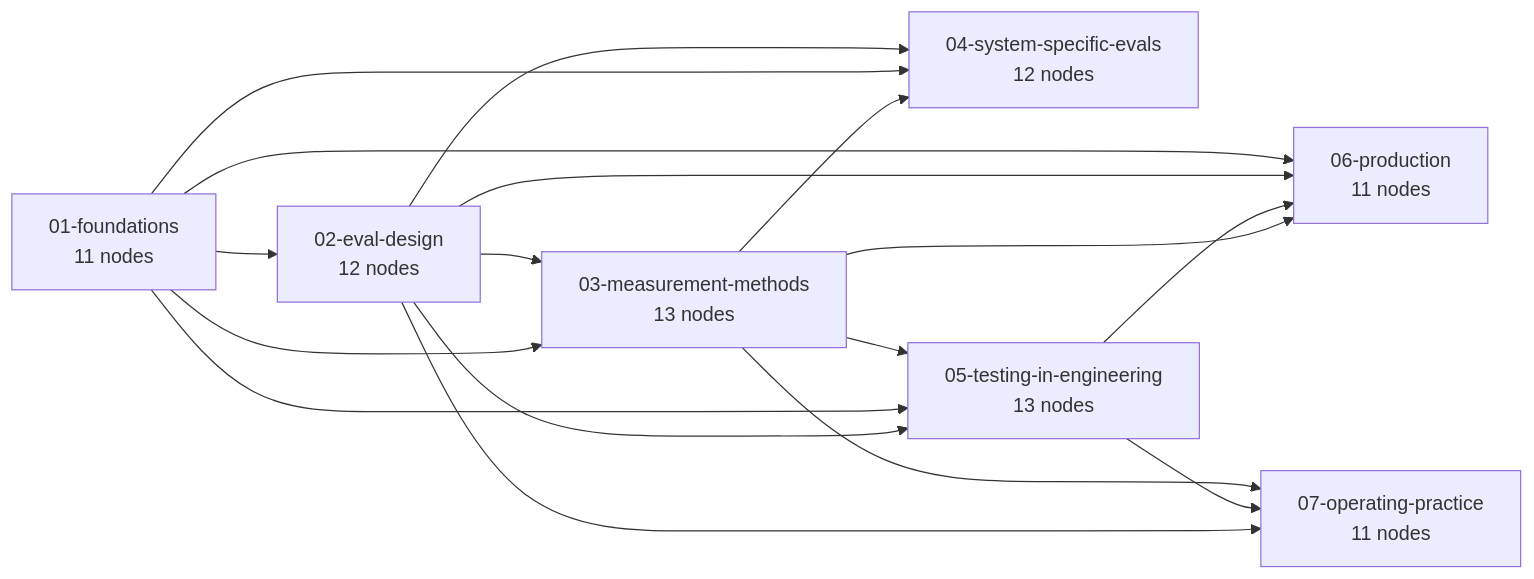
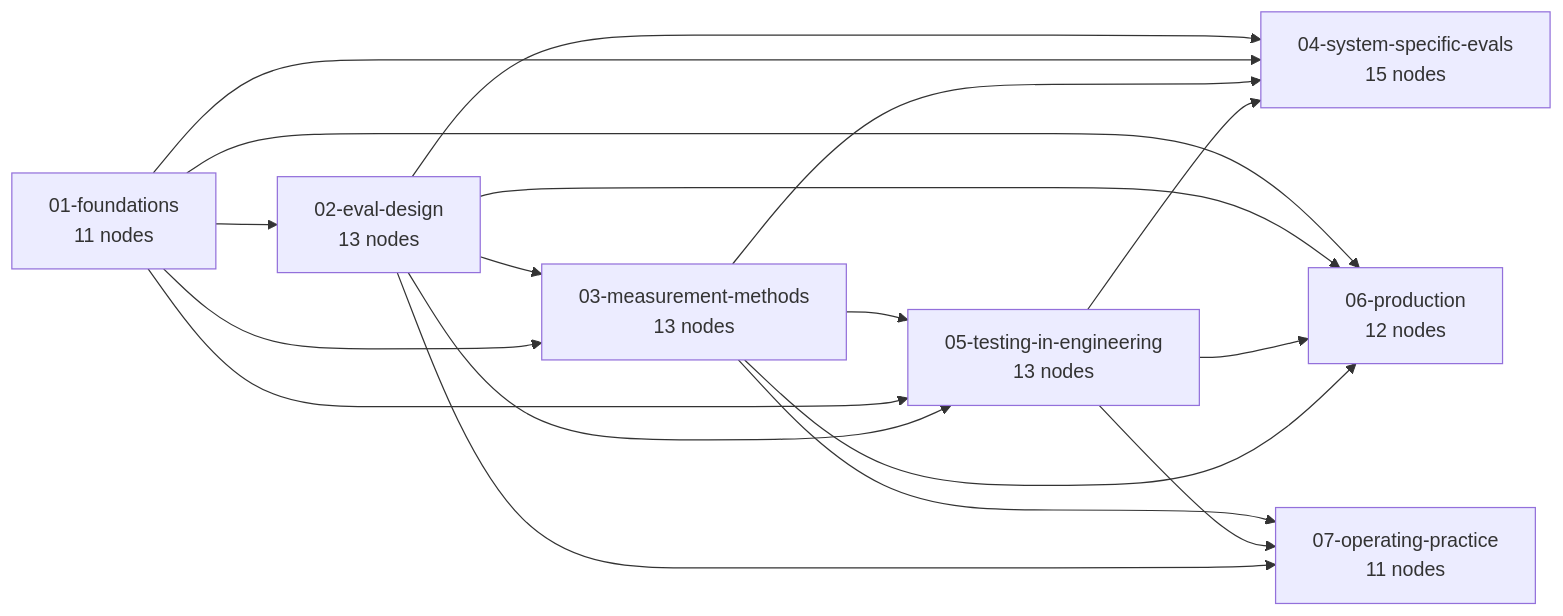
Before and after one commit to ksubramanian9/ai_evaluation: the first of 8 diagrams in map/00-overview.md, drawn with Mermaid. The commit also changed other lines of this file and 52 other files, not shown here.

````diff
--- a/map/00-overview.md
+++ b/map/00-overview.md
@@ -7,26 +7,27 @@
 ```mermaid
 flowchart LR
   n_01_foundations["01-foundations<br/>11 nodes"]
-  n_02_eval_design["02-eval-design<br/>12 nodes"]
+  n_02_eval_design["02-eval-design<br/>13 nodes"]
   n_03_measurement_methods["03-measurement-methods<br/>13 nodes"]
-  n_04_system_specific_evals["04-system-specific-evals<br/>12 nodes"]
+  n_04_system_specific_evals["04-system-specific-evals<br/>15 nodes"]
   n_05_testing_in_engineering["05-testing-in-engineering<br/>13 nodes"]
-  n_06_production["06-production<br/>11 nodes"]
+  n_06_production["06-production<br/>12 nodes"]
   n_07_operating_practice["07-operating-practice<br/>11 nodes"]
   n_01_foundations --> n_02_eval_design
   n_02_eval_design --> n_03_measurement_methods
   n_01_foundations --> n_03_measurement_methods
   n_02_eval_design --> n_04_system_specific_evals
   n_01_foundations --> n_04_system_specific_evals
   n_03_measurement_methods --> n_04_system_specific_evals
+  n_05_testing_in_engineering --> n_04_system_specific_evals
   n_03_measurement_methods --> n_05_testing_in_engineering
   n_01_foundations --> n_05_testing_in_engineering
   n_02_eval_design --> n_05_testing_in_engineering
   n_01_foundations --> n_06_production
   n_02_eval_design --> n_06_production
   n_05_testing_in_engineering --> n_06_production
   n_03_measurement_methods --> n_06_production
   n_03_measurement_methods --> n_07_operating_practice
   n_05_testing_in_engineering --> n_07_operating_practice
   n_02_eval_design --> n_07_operating_practice
 ```
````
